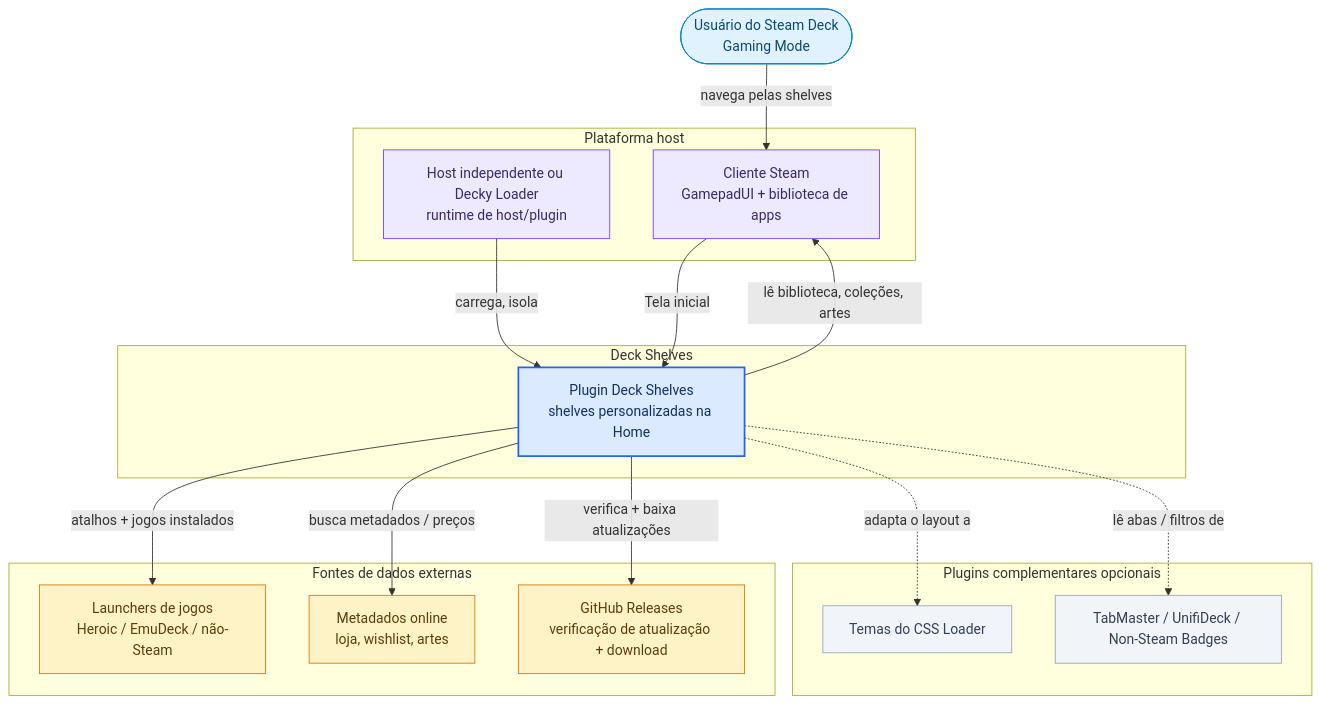
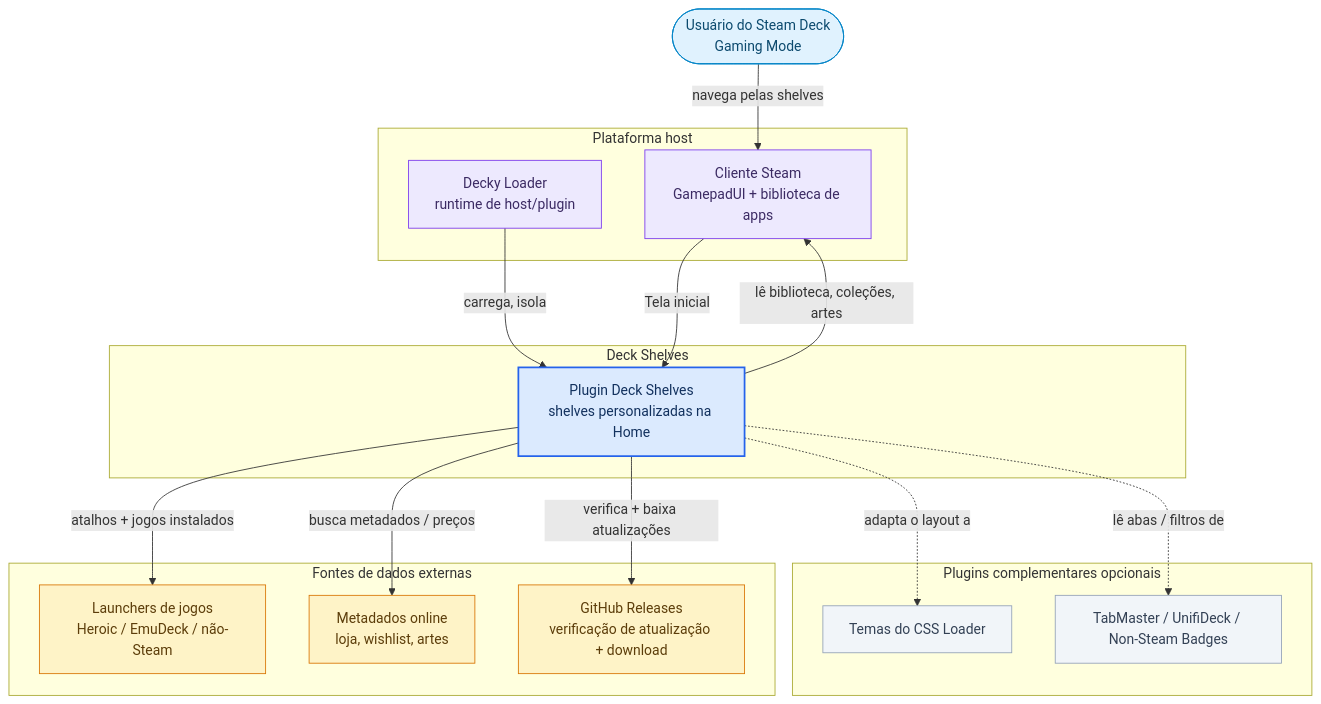
The first of 3 diagrams in docs/pt-BR/architecture.md (santojon/Deck-Shelves), drawn with Mermaid before and after one commit. The commit also changed other lines of this file and 117 other files, not shown here.

````diff
--- a/docs/pt-BR/architecture.md
+++ b/docs/pt-BR/architecture.md
@@ -20,45 +19,45 @@
 ```mermaid
 flowchart TB
     user(["Usuário do Steam Deck<br/>Gaming Mode"])
 
     subgraph deckshelves["Deck Shelves"]
         plugin["Plugin Deck Shelves<br/>shelves personalizadas na Home"]
     end
 
     subgraph host["Plataforma host"]
-        decky["Host independente ou Decky Loader<br/>runtime de host/plugin"]
+        decky["Decky Loader<br/>runtime de host/plugin"]
         steam["Cliente Steam<br/>GamepadUI + biblioteca de apps"]
     end
 
     subgraph external["Fontes de dados externas"]
         launchers["Launchers de jogos<br/>Heroic / EmuDeck / não-Steam"]
         online["Metadados online<br/>loja, wishlist, artes"]
         gh["GitHub Releases<br/>verificação de atualização + download"]
     end
 
     subgraph optional["Plugins complementares opcionais"]
         css["Temas do CSS Loader"]
         tabmaster["TabMaster / UnifiDeck / Non-Steam Badges"]
     end
 
     user -->|"navega pelas shelves"| steam
     steam -->|"Tela inicial"| plugin
     decky -->|"carrega, isola"| plugin
     plugin -->|"lê biblioteca, coleções, artes"| steam
     plugin -->|"atalhos + jogos instalados"| launchers
     plugin -->|"busca metadados / preços"| online
     plugin -->|"verifica + baixa atualizações"| gh
     plugin -.->|"adapta o layout a"| css
     plugin -.->|"lê abas / filtros de"| tabmaster
 
     classDef ds fill:#dbeafe,stroke:#2563eb,stroke-width:2px,color:#12315e
     classDef platform fill:#ede9fe,stroke:#7c3aed,color:#3b2a63
     classDef ext fill:#fef3c7,stroke:#d97706,color:#5c3d0a
     classDef opt fill:#f1f5f9,stroke:#94a3b8,color:#334155
     classDef actor fill:#e0f2fe,stroke:#0284c7,color:#0c4a6e
     class plugin ds
     class decky,steam platform
     class launchers,online,gh ext
     class css,tabmaster opt
     class user actor
 ```
````
